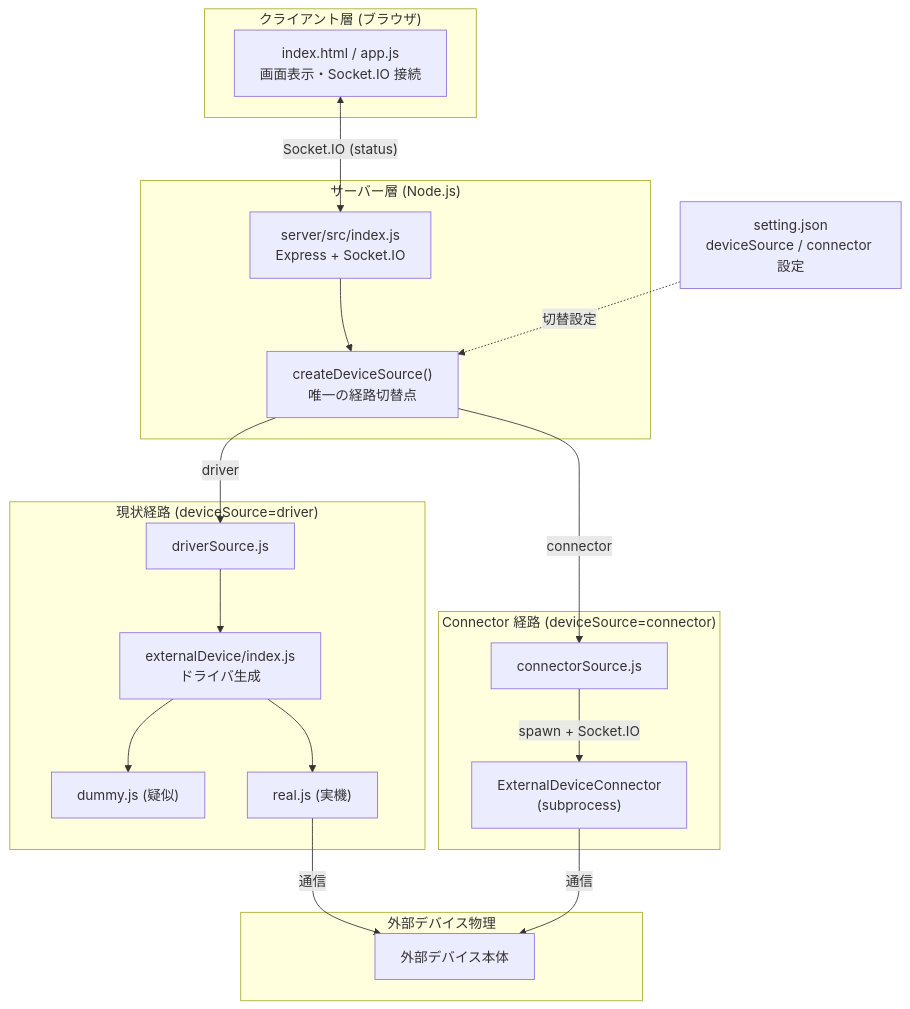
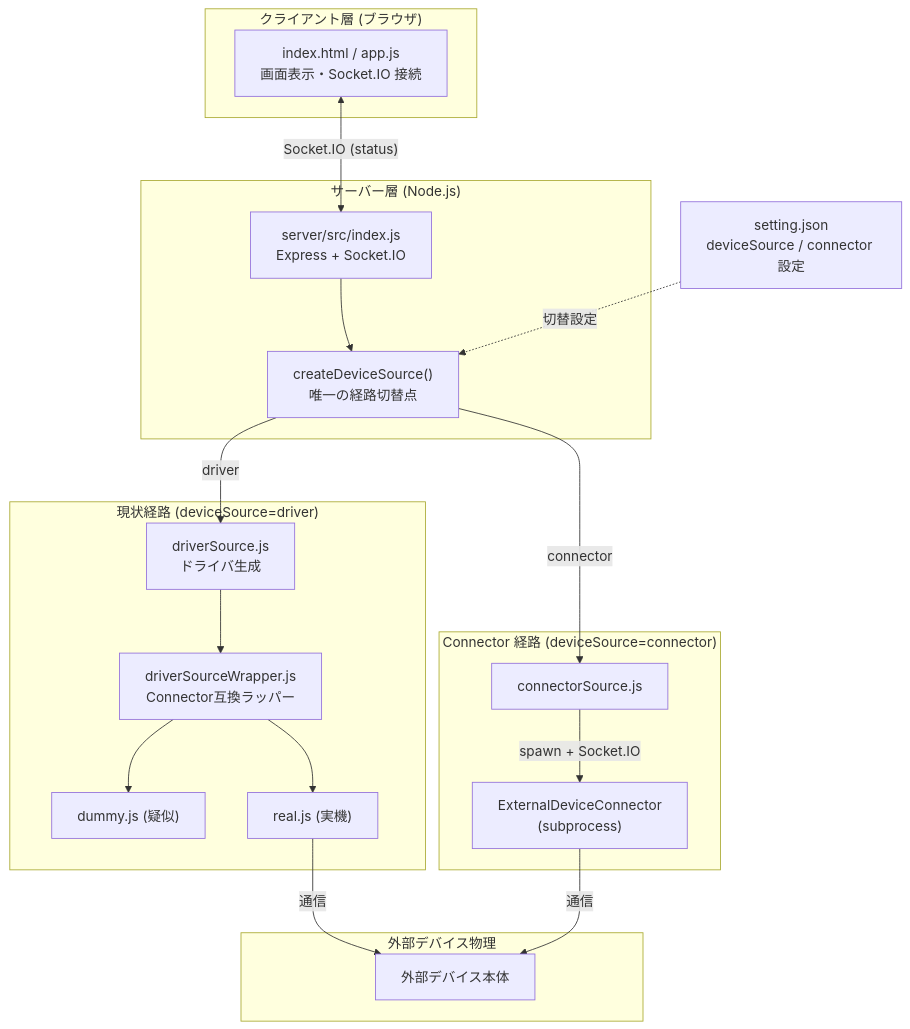
One commit to FourHyphen/private_work changed the first of 4 diagrams in javascript/DeviceConnect/web/ReadMe.md. Above: the diagram before and after it, drawn with Mermaid. The commit also changed other lines of this file and 4 other files, not shown here.

````diff
--- a/javascript/DeviceConnect/web/ReadMe.md
+++ b/javascript/DeviceConnect/web/ReadMe.md
@@ -16,41 +16,41 @@
 ```mermaid
 flowchart TB
     subgraph Client["クライアント層 (ブラウザ)"]
         Browser["index.html / app.js<br/>画面表示・Socket.IO 接続"]
     end
 
     subgraph ServerLayer["サーバー層 (Node.js)"]
         Server["server/src/index.js<br/>Express + Socket.IO"]
         Factory["createDeviceSource()<br/>唯一の経路切替点"]
     end
 
     subgraph DriverPath["現状経路 (deviceSource=driver)"]
-        CDS["driverSource.js"]
-        Driver["externalDevice/index.js<br/>ドライバ生成"]
+        CDS["driverSource.js<br/>ドライバ生成"]
+        Wrapper["driverSourceWrapper.js<br/>Connector互換ラッパー"]
         Dummy["dummy.js (疑似)"]
         Real["real.js (実機)"]
     end
 
     subgraph ConnectorPath["Connector 経路 (deviceSource=connector)"]
         CS["connectorSource.js"]
         Sub["ExternalDeviceConnector<br/>(subprocess)"]
     end
 
     subgraph ExternalHardware["外部デバイス物理"]
         Device["外部デバイス本体"]
     end
 
     Setting["setting.json<br/>deviceSource / connector 設定"]
 
     Browser <-->|"Socket.IO (status)"| Server
     Server --> Factory
     Factory -->|"driver"| CDS
+    CDS --> Wrapper
     Factory -->|"connector"| CS
-    CDS --> Driver
-    Driver --> Dummy
-    Driver --> Real
+    Wrapper --> Dummy
+    Wrapper --> Real
     Real -->|"通信"| Device
     CS -->|"spawn + Socket.IO"| Sub
     Sub -->|"通信"| Device
     Setting -.->|"切替設定"| Factory
 ```
````
